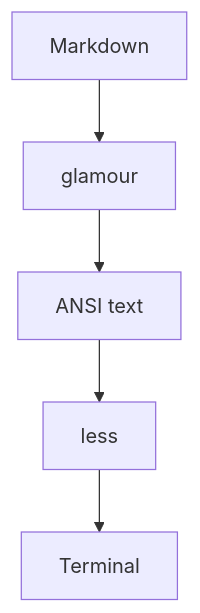
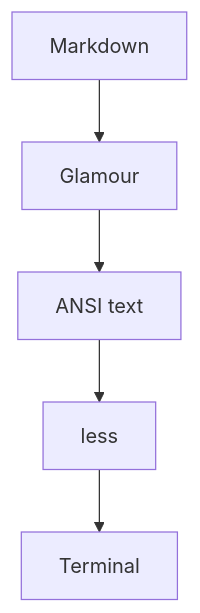
The third of 11 diagrams in articles/4f6c7b8a9d0e12.md (135yshr/documents), drawn with Mermaid before and after one commit. The commit also changed other lines of this file, not shown here.

````diff
--- a/articles/4f6c7b8a9d0e12.md
+++ b/articles/4f6c7b8a9d0e12.md
@@ -89,7 +89,7 @@
 ```mermaid
 flowchart TD
-    A[Markdown] --> B[glamour]
+    A[Markdown] --> B[Glamour]
     B --> C[ANSI text]
     C --> D[less]
     D --> E[Terminal]
 ```
````
